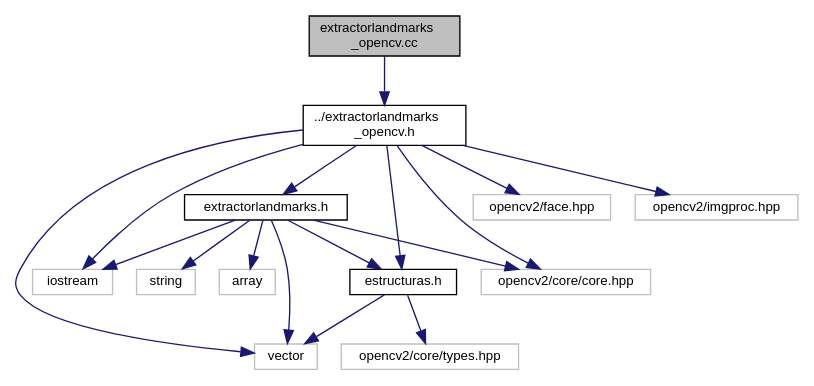
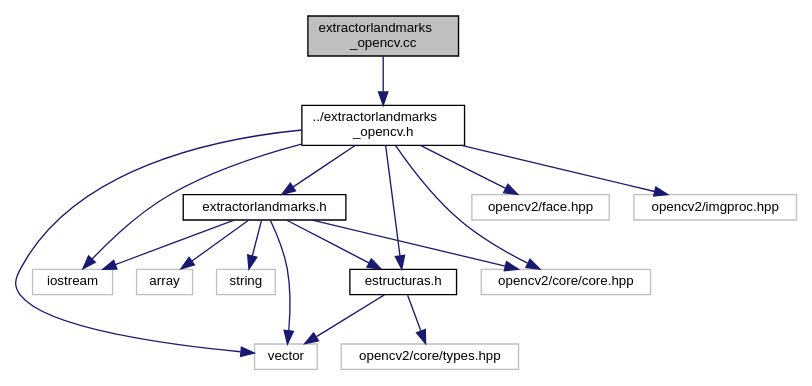
Before and after one commit to agustinavila/ProyectoVision: the diagram in extractorlandmarks__opencv_8cc__incl.dot, drawn with Graphviz. The commit also changed 191 other files, not shown here.

```diff
--- a/extractorlandmarks__opencv_8cc__incl.dot
+++ b/extractorlandmarks__opencv_8cc__incl.dot
@@ -1,34 +1,34 @@
 digraph "extractorlandmarks_opencv.cc"
 {
  // LATEX_PDF_SIZE
   edge [fontname="Helvetica",fontsize="10",labelfontname="Helvetica",labelfontsize="10"];
   node [fontname="Helvetica",fontsize="10",shape=record];
   Node1 [label="extractorlandmarks\l_opencv.cc",height=0.2,width=0.4,color="black", fillcolor="grey75", style="filled", fontcolor="black",tooltip="Implementacion de la clase concreta ExtractorLandmarksOpenCV."];
   Node1 -> Node2 [color="midnightblue",fontsize="10",style="solid",fontname="Helvetica"];
   Node2 [label="../extractorlandmarks\l_opencv.h",height=0.2,width=0.4,color="black", fillcolor="white", style="filled",URL="$extractorlandmarks__opencv_8h.html",tooltip="Archivo de cabecera de la clase concreta ExtractorLandmarksOpenCV."];
   Node2 -> Node3 [color="midnightblue",fontsize="10",style="solid",fontname="Helvetica"];
-  Node3 [label="vector",height=0.2,width=0.4,color="grey75", fillcolor="white", style="filled",tooltip=" "];
+  Node3 [label="iostream",height=0.2,width=0.4,color="grey75", fillcolor="white", style="filled",tooltip=" "];
   Node2 -> Node4 [color="midnightblue",fontsize="10",style="solid",fontname="Helvetica"];
-  Node4 [label="iostream",height=0.2,width=0.4,color="grey75", fillcolor="white", style="filled",tooltip=" "];
+  Node4 [label="vector",height=0.2,width=0.4,color="grey75", fillcolor="white", style="filled",tooltip=" "];
   Node2 -> Node5 [color="midnightblue",fontsize="10",style="solid",fontname="Helvetica"];
-  Node5 [label="opencv2/core/core.hpp",height=0.2,width=0.4,color="grey75", fillcolor="white", style="filled",tooltip=" "];
-  Node2 -> Node6 [color="midnightblue",fontsize="10",style="solid",fontname="Helvetica"];
-  Node6 [label="opencv2/face.hpp",height=0.2,width=0.4,color="grey75", fillcolor="white", style="filled",tooltip=" "];
+  Node5 [label="estructuras.h",height=0.2,width=0.4,color="black", fillcolor="white", style="filled",URL="$estructuras_8h.html",tooltip="Descripcion de distintas estructuras de datos usadas por la clase."];
+  Node5 -> Node4 [color="midnightblue",fontsize="10",style="solid",fontname="Helvetica"];
+  Node5 -> Node6 [color="midnightblue",fontsize="10",style="solid",fontname="Helvetica"];
+  Node6 [label="opencv2/core/types.hpp",height=0.2,width=0.4,color="grey75", fillcolor="white", style="filled",tooltip=" "];
   Node2 -> Node7 [color="midnightblue",fontsize="10",style="solid",fontname="Helvetica"];
-  Node7 [label="opencv2/imgproc.hpp",height=0.2,width=0.4,color="grey75", fillcolor="white", style="filled",tooltip=" "];
-  Node2 -> Node8 [color="midnightblue",fontsize="10",style="solid",fontname="Helvetica"];
-  Node8 [label="extractorlandmarks.h",height=0.2,width=0.4,color="black", fillcolor="white", style="filled",URL="$extractorlandmarks_8h.html",tooltip="Declaracion de la clase abstracta ExtractorLandmarks."];
-  Node8 -> Node5 [color="midnightblue",fontsize="10",style="solid",fontname="Helvetica"];
-  Node8 -> Node3 [color="midnightblue",fontsize="10",style="solid",fontname="Helvetica"];
-  Node8 -> Node4 [color="midnightblue",fontsize="10",style="solid",fontname="Helvetica"];
-  Node8 -> Node9 [color="midnightblue",fontsize="10",style="solid",fontname="Helvetica"];
+  Node7 [label="extractorlandmarks.h",height=0.2,width=0.4,color="black", fillcolor="white", style="filled",URL="$extractorlandmarks_8h.html",tooltip="Declaracion de la clase abstracta ExtractorLandmarks."];
+  Node7 -> Node8 [color="midnightblue",fontsize="10",style="solid",fontname="Helvetica"];
+  Node8 [label="array",height=0.2,width=0.4,color="grey75", fillcolor="white", style="filled",tooltip=" "];
+  Node7 -> Node3 [color="midnightblue",fontsize="10",style="solid",fontname="Helvetica"];
+  Node7 -> Node9 [color="midnightblue",fontsize="10",style="solid",fontname="Helvetica"];
   Node9 [label="string",height=0.2,width=0.4,color="grey75", fillcolor="white", style="filled",tooltip=" "];
-  Node8 -> Node10 [color="midnightblue",fontsize="10",style="solid",fontname="Helvetica"];
-  Node10 [label="array",height=0.2,width=0.4,color="grey75", fillcolor="white", style="filled",tooltip=" "];
-  Node8 -> Node11 [color="midnightblue",fontsize="10",style="solid",fontname="Helvetica"];
-  Node11 [label="estructuras.h",height=0.2,width=0.4,color="black", fillcolor="white", style="filled",URL="$estructuras_8h.html",tooltip="Descripcion de distintas estructuras de datos usadas por la clase."];
-  Node11 -> Node3 [color="midnightblue",fontsize="10",style="solid",fontname="Helvetica"];
-  Node11 -> Node12 [color="midnightblue",fontsize="10",style="solid",fontname="Helvetica"];
-  Node12 [label="opencv2/core/types.hpp",height=0.2,width=0.4,color="grey75", fillcolor="white", style="filled",tooltip=" "];
+  Node7 -> Node4 [color="midnightblue",fontsize="10",style="solid",fontname="Helvetica"];
+  Node7 -> Node5 [color="midnightblue",fontsize="10",style="solid",fontname="Helvetica"];
+  Node7 -> Node10 [color="midnightblue",fontsize="10",style="solid",fontname="Helvetica"];
+  Node10 [label="opencv2/core/core.hpp",height=0.2,width=0.4,color="grey75", fillcolor="white", style="filled",tooltip=" "];
+  Node2 -> Node10 [color="midnightblue",fontsize="10",style="solid",fontname="Helvetica"];
   Node2 -> Node11 [color="midnightblue",fontsize="10",style="solid",fontname="Helvetica"];
+  Node11 [label="opencv2/face.hpp",height=0.2,width=0.4,color="grey75", fillcolor="white", style="filled",tooltip=" "];
+  Node2 -> Node12 [color="midnightblue",fontsize="10",style="solid",fontname="Helvetica"];
+  Node12 [label="opencv2/imgproc.hpp",height=0.2,width=0.4,color="grey75", fillcolor="white", style="filled",tooltip=" "];
 }
```
